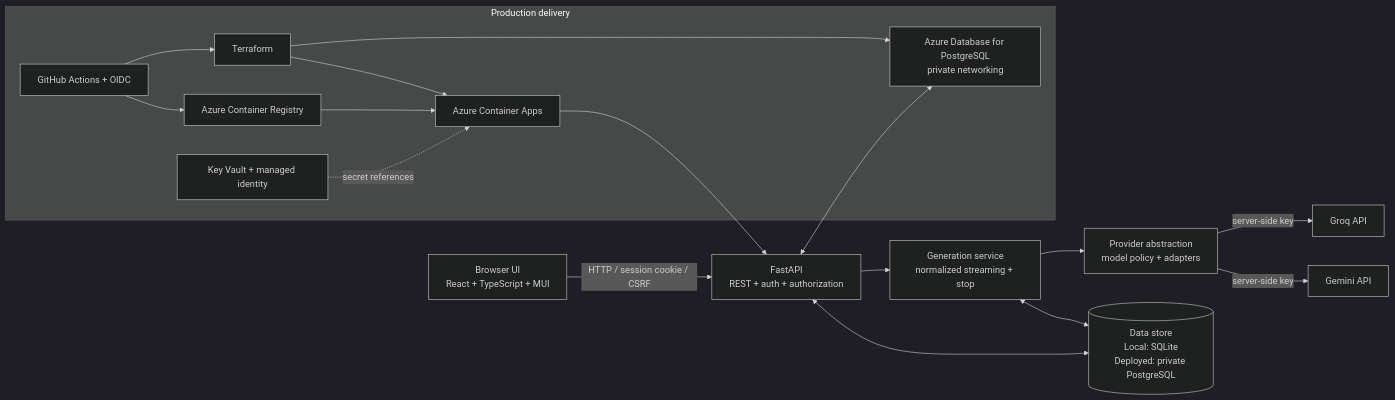
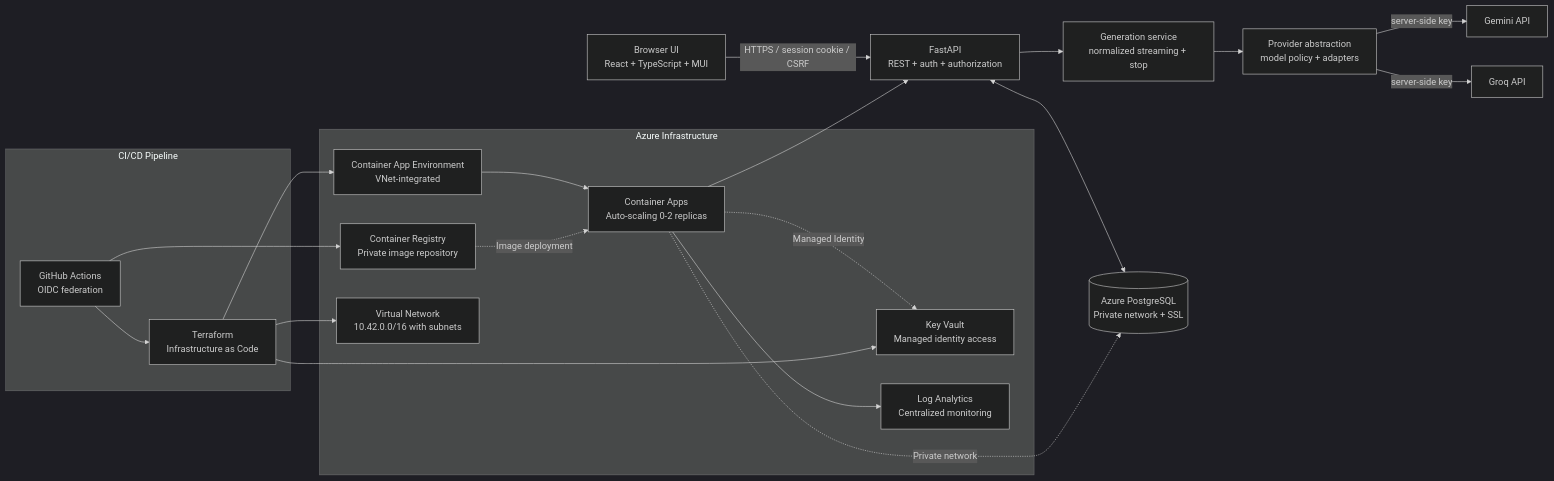
Before and after one commit to shivamvku/BY-chatgpt-Clone: the diagram in README.md, drawn with Mermaid (dark theme). The commit also changed other lines of this file and 8 other files, not shown here.

First line of the commit message:
docs: Create comprehensive Azure architecture diagrams

````diff
--- a/README.md
+++ b/README.md
@@ -9,31 +11,44 @@
-~~~mermaid
+```mermaid
 flowchart LR
   UI["Browser UI<br/>React + TypeScript + MUI"]
   API["FastAPI<br/>REST + auth + authorization"]
   GEN["Generation service<br/>normalized streaming + stop"]
-  DB[("Data store<br/>Local: SQLite<br/>Deployed: private PostgreSQL")]
+  DB[("Azure PostgreSQL<br/>Private network + SSL")]
   P["Provider abstraction<br/>model policy + adapters"]
   G["Gemini API"]
   R["Groq API"]
-  UI -->|"HTTP / session cookie / CSRF"| API
+  
+  UI -->|"HTTPS / session cookie / CSRF"| API
   API <--> DB
   API --> GEN
-  GEN <--> DB
   GEN --> P
   P -->|"server-side key"| G
   P -->|"server-side key"| R
-  subgraph Azure["Production delivery"]
-    GH["GitHub Actions + OIDC"]
-    TF["Terraform"]
-    ACR["Azure Container Registry"]
-    ACA["Azure Container Apps"]
-    PG["Azure Database for PostgreSQL<br/>private networking"]
-    KV["Key Vault + managed identity"]
-    GH --> ACR --> ACA
-    GH --> TF --> ACA
-    TF --> PG
-    KV -. "secret references" .-> ACA
+  
+  subgraph Azure["Azure Infrastructure"]
+    ACR["Container Registry<br/>Private image repository"]
+    CAE["Container App Environment<br/>VNet-integrated"]
+    CA["Container Apps<br/>Auto-scaling 0-2 replicas"]
+    KV["Key Vault<br/>Managed identity access"]
+    VNet["Virtual Network<br/>10.42.0.0/16 with subnets"]
+    LA["Log Analytics<br/>Centralized monitoring"]
   end
-  ACA --> API
-  API <--> PG
-~~~
+  
+  subgraph CI_CD["CI/CD Pipeline"]
+    GHA["GitHub Actions<br/>OIDC federation"]
+    TF["Terraform<br/>Infrastructure as Code"]
+  end
+  
+  CAE --> CA
+  CA --> API
+  CA -.->|"Managed Identity"| KV
+  CA -.->|"Private network"| DB
+  ACR -.->|"Image deployment"| CA
+  CA --> LA
+  
+  GHA --> ACR
+  GHA --> TF
+  TF --> CAE
+  TF --> VNet
+  TF --> KV
+```
````
